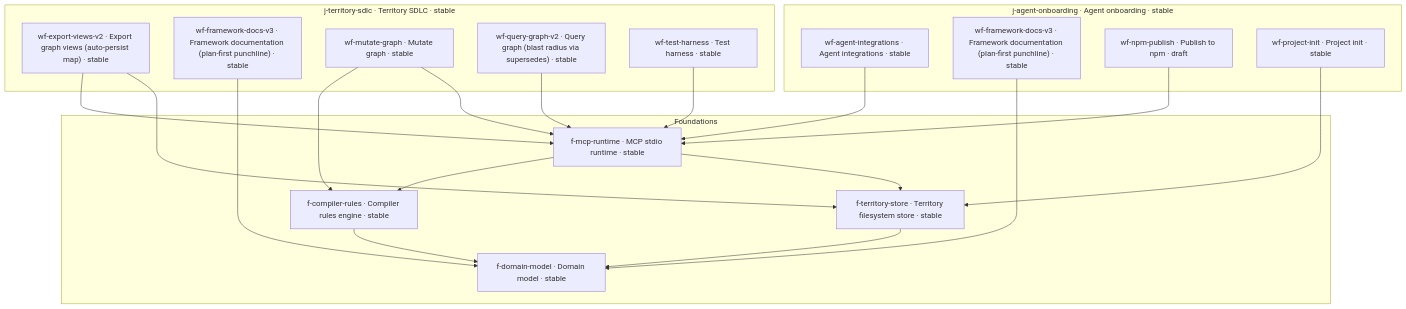
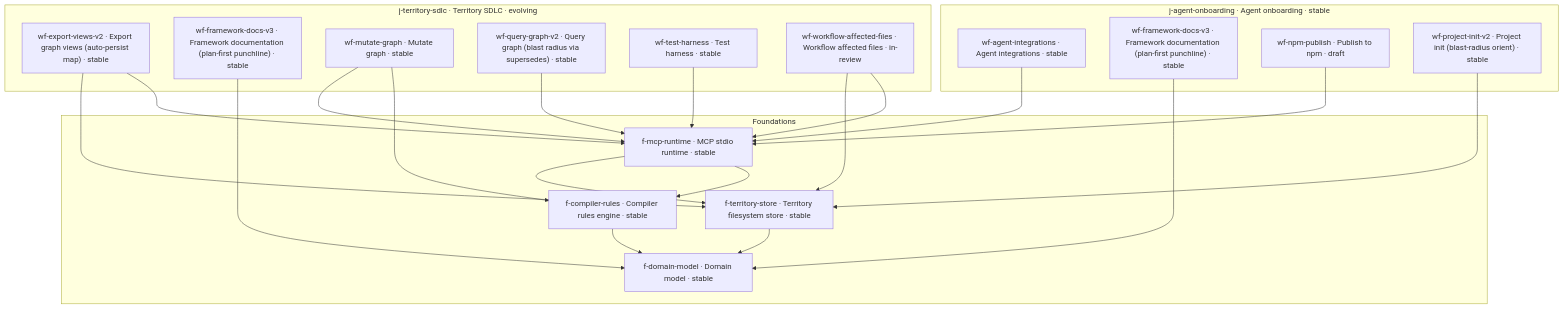
One commit to nbiro/mindplan changed the diagram in mindplan/map.md. Above: the diagram before and after it, drawn with Mermaid. The commit also changed other lines of this file and 15 other files, not shown here.

````diff
--- a/mindplan/map.md
+++ b/mindplan/map.md
@@ -5,37 +5,40 @@
 ```mermaid
 flowchart TB
   subgraph foundations["Foundations"]
     f_compiler_rules["f-compiler-rules · Compiler rules engine · stable"]
     f_domain_model["f-domain-model · Domain model · stable"]
     f_mcp_runtime["f-mcp-runtime · MCP stdio runtime · stable"]
     f_territory_store["f-territory-store · Territory filesystem store · stable"]
   end
   subgraph journey_j_agent_onboarding["j-agent-onboarding · Agent onboarding · stable"]
     wf_agent_integrations__in__j_agent_onboarding["wf-agent-integrations · Agent integrations · stable"]
     wf_framework_docs_v3__in__j_agent_onboarding["wf-framework-docs-v3 · Framework documentation (plan-first punchline) · stable"]
     wf_npm_publish__in__j_agent_onboarding["wf-npm-publish · Publish to npm · draft"]
-    wf_project_init__in__j_agent_onboarding["wf-project-init · Project init · stable"]
+    wf_project_init_v2__in__j_agent_onboarding["wf-project-init-v2 · Project init (blast-radius orient) · stable"]
   end
-  subgraph journey_j_territory_sdlc["j-territory-sdlc · Territory SDLC · stable"]
+  subgraph journey_j_territory_sdlc["j-territory-sdlc · Territory SDLC · evolving"]
     wf_export_views_v2__in__j_territory_sdlc["wf-export-views-v2 · Export graph views (auto-persist map) · stable"]
     wf_framework_docs_v3__in__j_territory_sdlc["wf-framework-docs-v3 · Framework documentation (plan-first punchline) · stable"]
     wf_mutate_graph__in__j_territory_sdlc["wf-mutate-graph · Mutate graph · stable"]
     wf_query_graph_v2__in__j_territory_sdlc["wf-query-graph-v2 · Query graph (blast radius via supersedes) · stable"]
     wf_test_harness__in__j_territory_sdlc["wf-test-harness · Test harness · stable"]
+    wf_workflow_affected_files__in__j_territory_sdlc["wf-workflow-affected-files · Workflow affected files · in-review"]
   end
   f_compiler_rules --> f_domain_model
   f_mcp_runtime --> f_compiler_rules
   f_mcp_runtime --> f_territory_store
   f_territory_store --> f_domain_model
   wf_agent_integrations__in__j_agent_onboarding --> f_mcp_runtime
   wf_export_views_v2__in__j_territory_sdlc --> f_mcp_runtime
   wf_export_views_v2__in__j_territory_sdlc --> f_territory_store
   wf_framework_docs_v3__in__j_agent_onboarding --> f_domain_model
   wf_framework_docs_v3__in__j_territory_sdlc --> f_domain_model
   wf_mutate_graph__in__j_territory_sdlc --> f_compiler_rules
   wf_mutate_graph__in__j_territory_sdlc --> f_mcp_runtime
   wf_npm_publish__in__j_agent_onboarding --> f_mcp_runtime
-  wf_project_init__in__j_agent_onboarding --> f_territory_store
+  wf_project_init_v2__in__j_agent_onboarding --> f_territory_store
   wf_query_graph_v2__in__j_territory_sdlc --> f_mcp_runtime
   wf_test_harness__in__j_territory_sdlc --> f_mcp_runtime
+  wf_workflow_affected_files__in__j_territory_sdlc --> f_mcp_runtime
+  wf_workflow_affected_files__in__j_territory_sdlc --> f_territory_store
 ```
````
